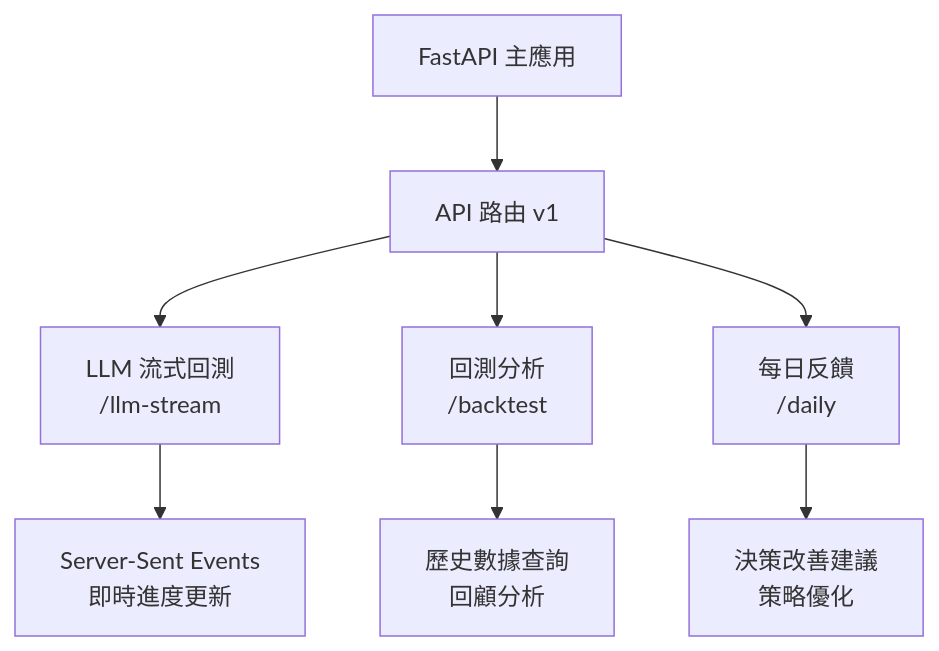
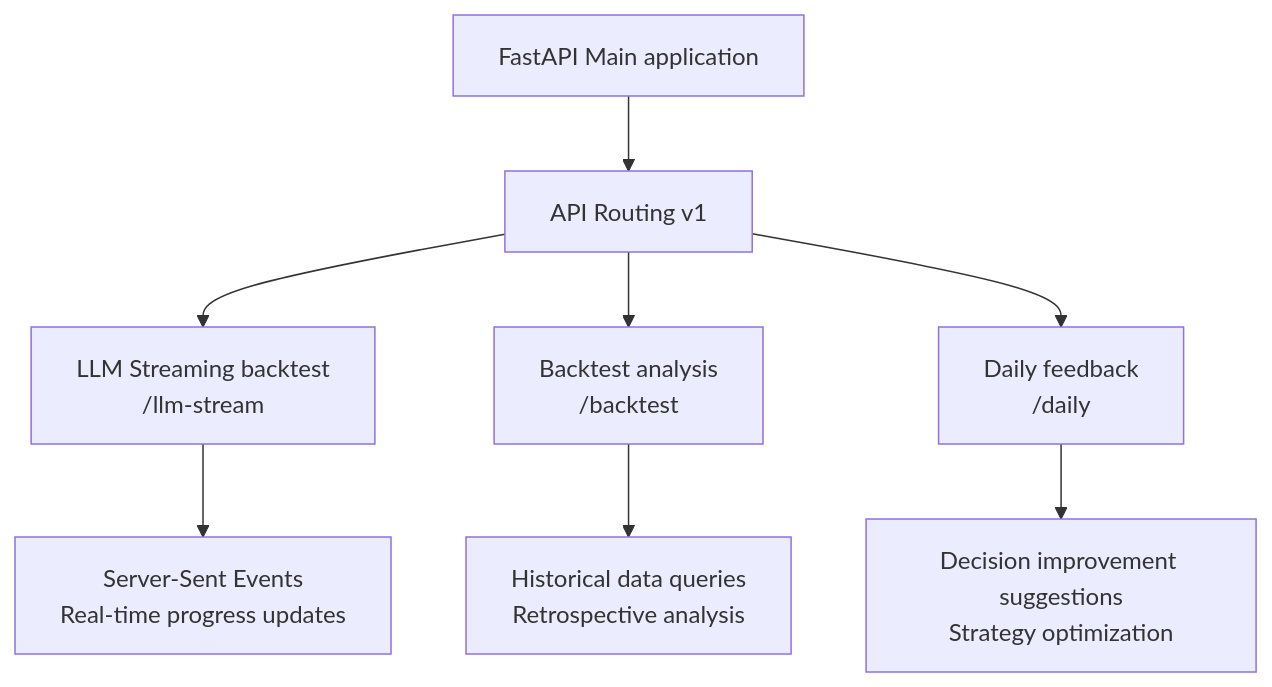
One commit to TomeyGeneralCompany/llm-stock-trader-of-awesomeness changed the third of 6 diagrams in design.md. Above: the diagram before and after it, drawn with Mermaid. The commit also changed other lines of this file and 28 other files, not shown here.

````diff
--- a/design.md
+++ b/design.md
@@ -80,12 +80,12 @@
 ```mermaid
 flowchart TD
-    A[FastAPI 主應用] --> B[API 路由 v1]
+    A[FastAPI Main application] --> B[API Routing v1]
     
-    B --> C[LLM 流式回測<br/>/llm-stream]
-    B --> D[回測分析<br/>/backtest]
-    B --> E[每日反饋<br/>/daily]
+    B --> C[LLM Streaming backtest<br/>/llm-stream]
+    B --> D[Backtest analysis<br/>/backtest]
+    B --> E[Daily feedback<br/>/daily]
     
-    C --> F[Server-Sent Events<br/>即時進度更新]
-    D --> G[歷史數據查詢<br/>回顧分析]
-    E --> H[決策改善建議<br/>策略優化]
+    C --> F[Server-Sent Events<br/>Real-time progress updates]
+    D --> G[Historical data queries<br/>Retrospective analysis]
+    E --> H[Decision improvement suggestions<br/>Strategy optimization]
 ```
````
